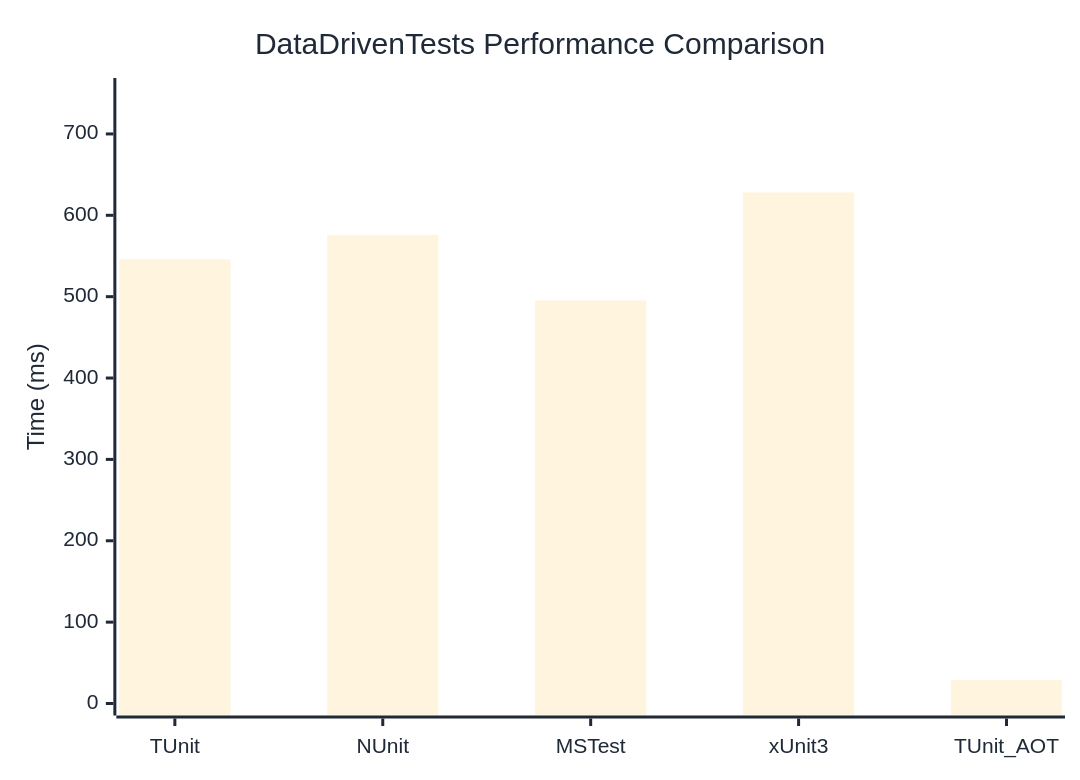
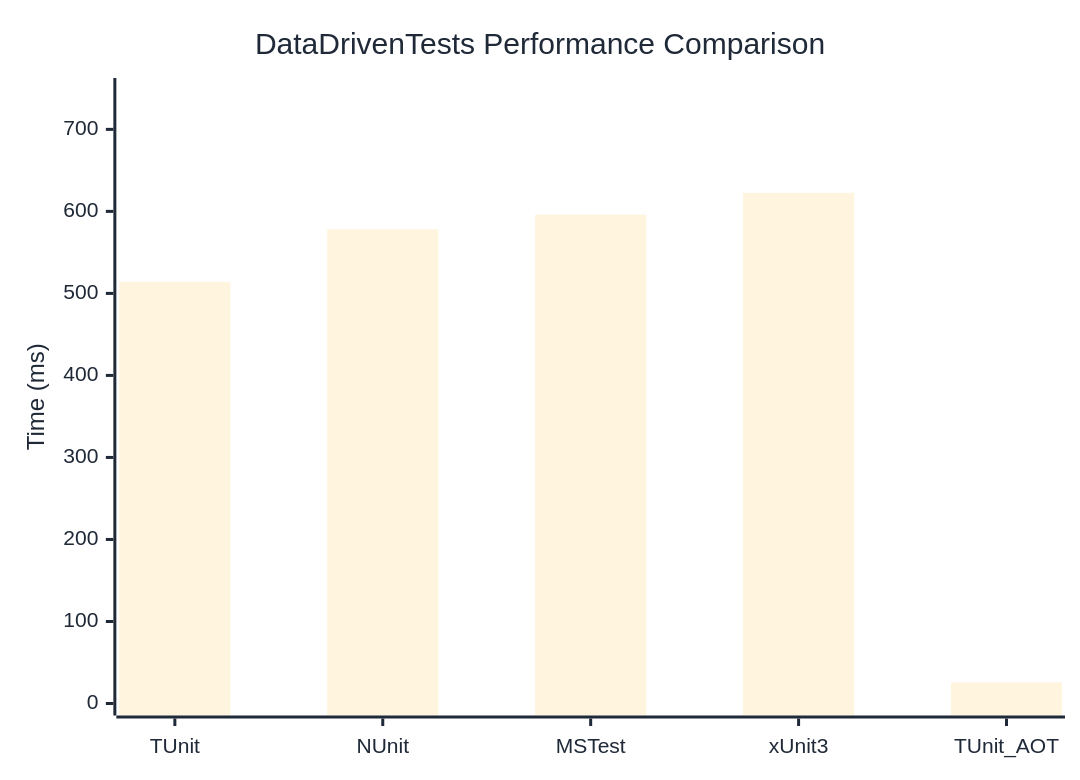
The diagram in docs/docs/benchmarks/DataDrivenTests.md (thomhurst/TUnit), drawn with Mermaid before and after one commit. The commit also changed other lines of this file and 17 other files, not shown here.

````diff
--- a/docs/docs/benchmarks/DataDrivenTests.md
+++ b/docs/docs/benchmarks/DataDrivenTests.md
@@ -27,37 +27,37 @@
 ```mermaid
 %%{init: {
   'theme':'base',
   'themeVariables': {
     'primaryColor': '#2563eb',
     'primaryTextColor': '#1f2937',
     'primaryBorderColor': '#1e40af',
     'lineColor': '#6b7280',
     'secondaryColor': '#7c3aed',
     'tertiaryColor': '#dc2626',
     'background': '#ffffff',
     'mainBkg': '#2563eb',
     'secondBkg': '#7c3aed',
     'tertiaryBkg': '#dc2626',
     'clusterBkg': '#f3f4f6',
     'edgeLabelBackground': '#ffffff',
     'tertiaryTextColor': '#1f2937',
     'pie1': '#2563eb',
     'pie2': '#7c3aed',
     'pie3': '#dc2626',
     'pie4': '#f59e0b',
     'pie5': '#10b981',
     'pie6': '#06b6d4',
     'pie7': '#ec4899',
     'pie8': '#6366f1',
     'pie9': '#84cc16',
     'pie10': '#f97316',
     'pie11': '#14b8a6',
     'pie12': '#a855f7'
   }
 }}%%
 xychart-beta
   title "DataDrivenTests Performance Comparison"
   x-axis ["TUnit", "NUnit", "MSTest", "xUnit3", "TUnit_AOT"]
-  y-axis "Time (ms)" 0 --> 754
-  bar [546.06, 575.99, 495.41, 628.1, 28.71]
+  y-axis "Time (ms)" 0 --> 748
+  bar [514.13, 578.13, 596.12, 622.62, 25.73]
 ```
````
